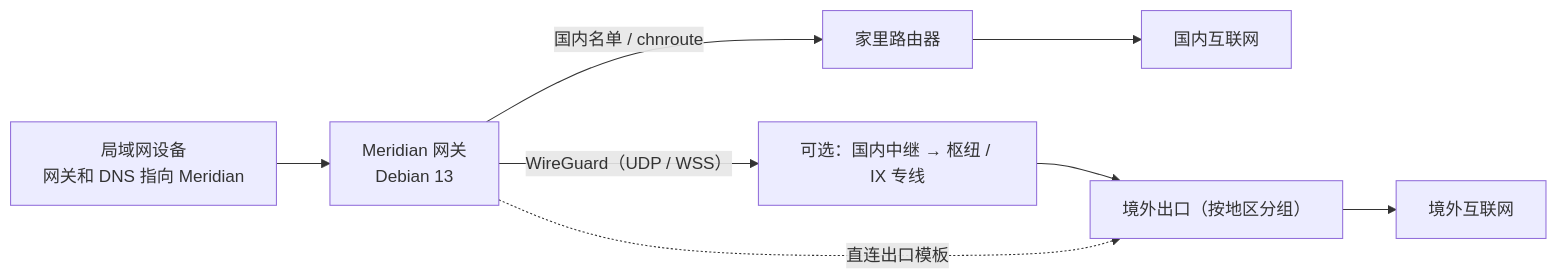
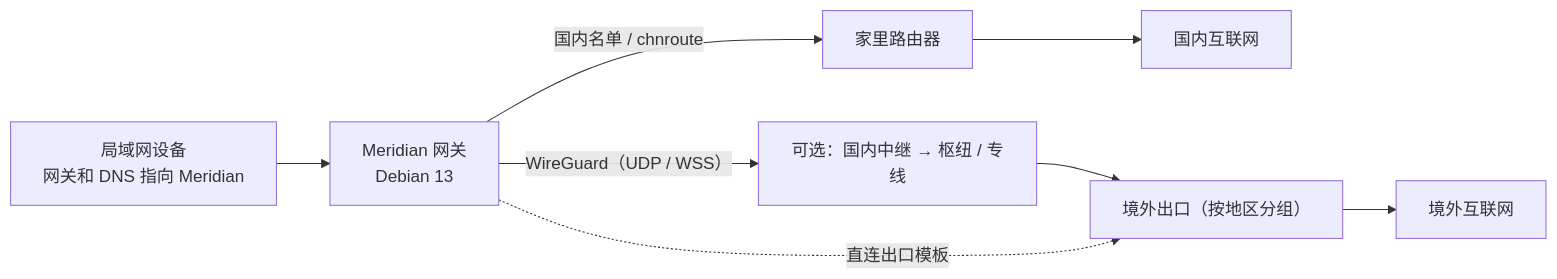
The diagram in README.md (radowitz/Meridian), drawn with Mermaid before and after one commit. The commit also changed other lines of this file and 44 other files, not shown here.

````diff
--- a/README.md
+++ b/README.md
@@ -9,9 +9,9 @@
 ```mermaid
 flowchart LR
   dev["局域网设备<br/>网关和 DNS 指向 Meridian"] --> gw["Meridian 网关<br/>Debian 13"]
   gw -->|"国内名单 / chnroute"| rt["家里路由器"] --> cn["国内互联网"]
-  gw -->|"WireGuard（UDP / WSS）"| mid["可选：国内中继 → 枢纽 / IX 专线"]
+  gw -->|"WireGuard（UDP / WSS）"| mid["可选：国内中继 → 枢纽 / 专线"]
   mid --> ex["境外出口（按地区分组）"]
   gw -.->|"直连出口模板"| ex
   ex --> net["境外互联网"]
 ```
````
